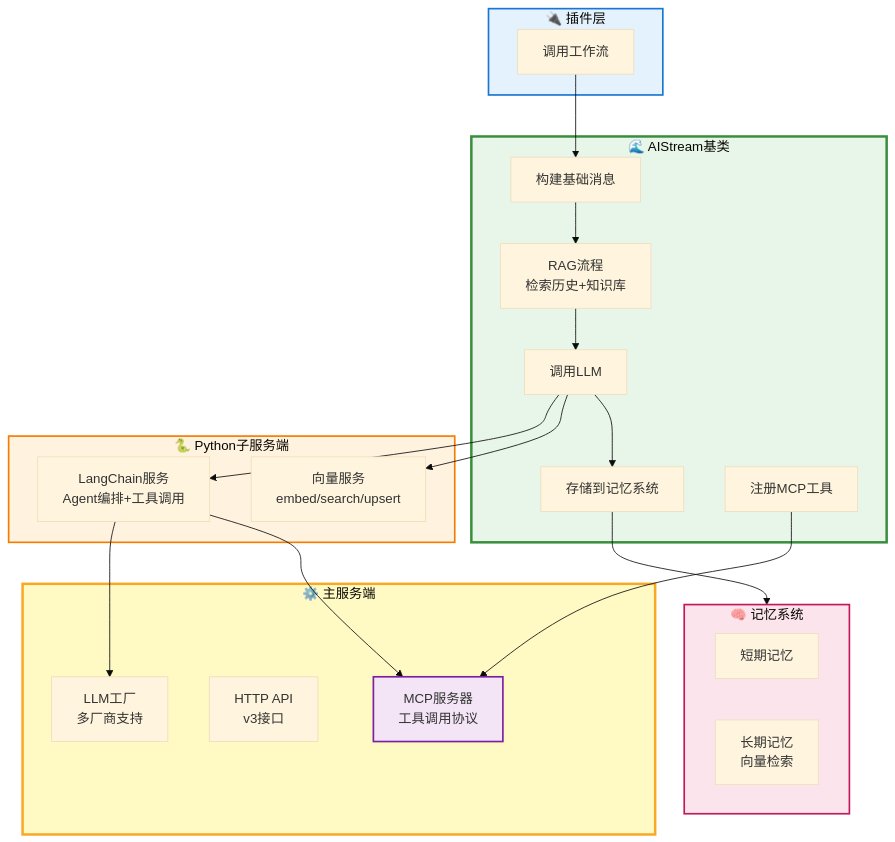
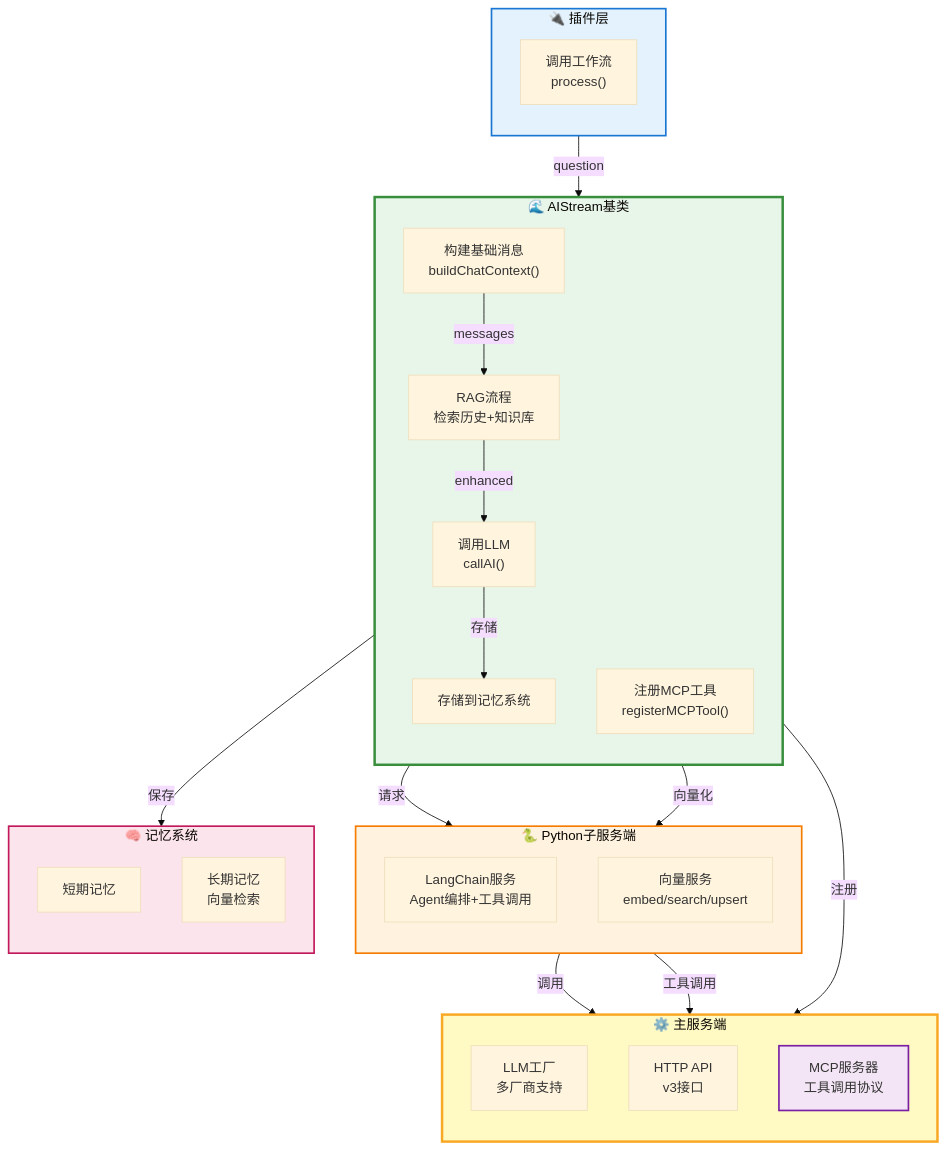
Before and after one commit to sunflowermm/XRK-AGT: the first of 5 diagrams in docs/aistream.md, drawn with Mermaid (base theme). The commit also changed other lines of this file and 36 other files, not shown here.

````diff
--- a/docs/aistream.md
+++ b/docs/aistream.md
@@ -45,48 +50,53 @@
 ```mermaid
 flowchart TB
     subgraph Plugin["🔌 插件层"]
-        Call["调用工作流"]
+        direction TB
+        Call["调用工作流<br/>process()"]
     end
     
     subgraph AIStream["🌊 AIStream基类"]
-        BuildCtx["构建基础消息"]
+        direction TB
+        BuildCtx["构建基础消息<br/>buildChatContext()"]
         Enhance["RAG流程<br/>检索历史+知识库"]
-        CallAI["调用LLM"]
+        CallAI["调用LLM<br/>callAI()"]
         Store["存储到记忆系统"]
-        Register["注册MCP工具"]
+        Register["注册MCP工具<br/>registerMCPTool()"]
     end
     
     subgraph Subserver["🐍 Python子服务端"]
+        direction TB
         LangChain["LangChain服务<br/>Agent编排+工具调用"]
         VectorAPI["向量服务<br/>embed/search/upsert"]
     end
     
     subgraph MainServer["⚙️ 主服务端"]
+        direction TB
         LLMFactory["LLM工厂<br/>多厂商支持"]
         HTTPAPI["HTTP API<br/>v3接口"]
         MCP["MCP服务器<br/>工具调用协议"]
     end
     
     subgraph Memory["🧠 记忆系统"]
+        direction TB
         ShortTerm["短期记忆"]
         LongTerm["长期记忆<br/>向量检索"]
     end
     
-    Call --> BuildCtx
-    BuildCtx --> Enhance
-    Enhance --> CallAI
-    CallAI --> LangChain
-    LangChain --> LLMFactory
-    LangChain --> MCP
-    CallAI --> VectorAPI
-    CallAI --> Store
-    Store --> Memory
-    Register --> MCP
+    Call -->|question| BuildCtx
+    BuildCtx -->|messages| Enhance
+    Enhance -->|enhanced| CallAI
+    CallAI -->|请求| LangChain
+    LangChain -->|调用| LLMFactory
+    LangChain -->|工具调用| MCP
+    CallAI -->|向量化| VectorAPI
+    CallAI -->|存储| Store
+    Store -->|保存| Memory
+    Register -->|注册| MCP
     
     style Plugin fill:#E3F2FD,stroke:#1976D2,stroke-width:2px
     style AIStream fill:#E8F5E9,stroke:#388E3C,stroke-width:3px
     style Subserver fill:#FFF3E0,stroke:#F57C00,stroke-width:2px
     style MainServer fill:#FFF9C4,stroke:#F9A825,stroke-width:3px
     style Memory fill:#FCE4EC,stroke:#C2185B,stroke-width:2px
     style MCP fill:#F3E5F5,stroke:#7B1FA2,stroke-width:2px
 ```
````
